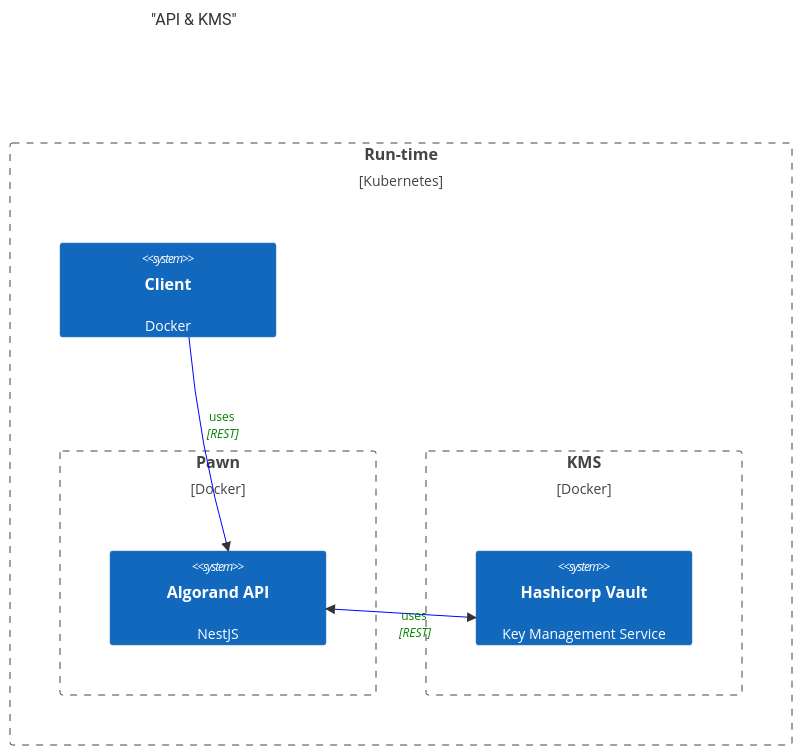
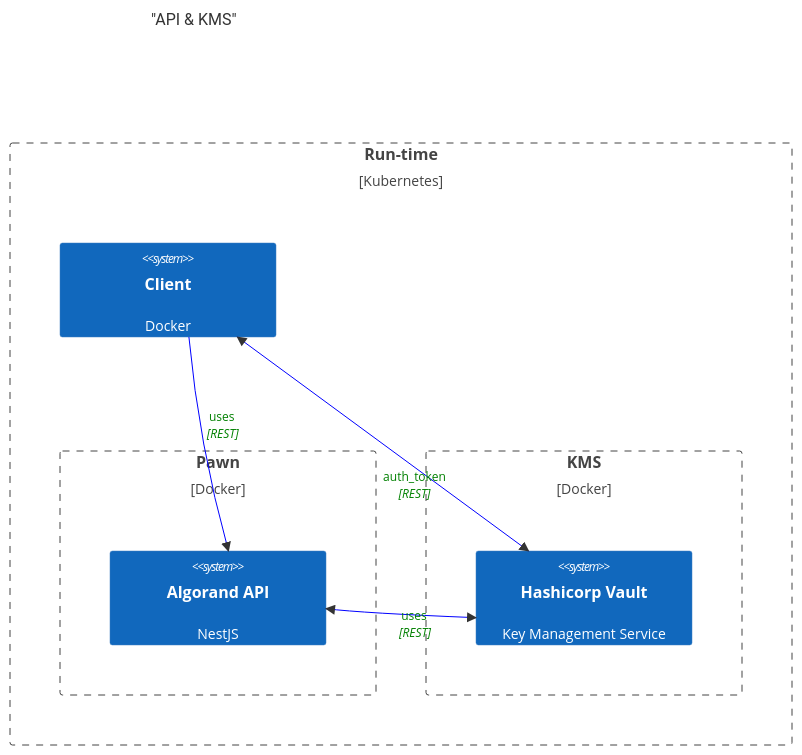
Before and after one commit to algorandfoundation/intermezzo: the diagram in README.md, drawn with Mermaid.

Commit message:
doc: auth flow in diagram

````diff
--- a/README.md
+++ b/README.md
@@ -14,23 +14,25 @@
 ```mermaid
     C4Context
         title "API & KMS"
         Boundary(b0, "Run-time", "Kubernetes") {
             System(clientPod, "Client", "Docker")
 
             Boundary(b1, "Pawn", "Docker") {
                 System(app, "Algorand API", "NestJS")
             }
 
             Boundary(b2, "KMS", "Docker") {
                 System(kms, "Hashicorp Vault", "Key Management Service")
             }
 
+            BiRel(clientPod, kms, "auth_token", "REST")
             BiRel(app, kms, "uses", "REST")
             Rel(clientPod, app, "uses", "REST")
         }
 
         UpdateRelStyle(app, kms, $textColor="green", $lineColor="blue", $offsetX="0")
         UpdateRelStyle(clientPod, app, $textColor="green", $lineColor="blue", $offsetY="-30")
+        UpdateRelStyle(clientPod, kms, $textColor="green", $lineColor="blue", $offsetY="30")
         UpdateLayoutConfig($c4ShapeInRow="1", $c4BoundaryInRow="0")
 
 ```
````
